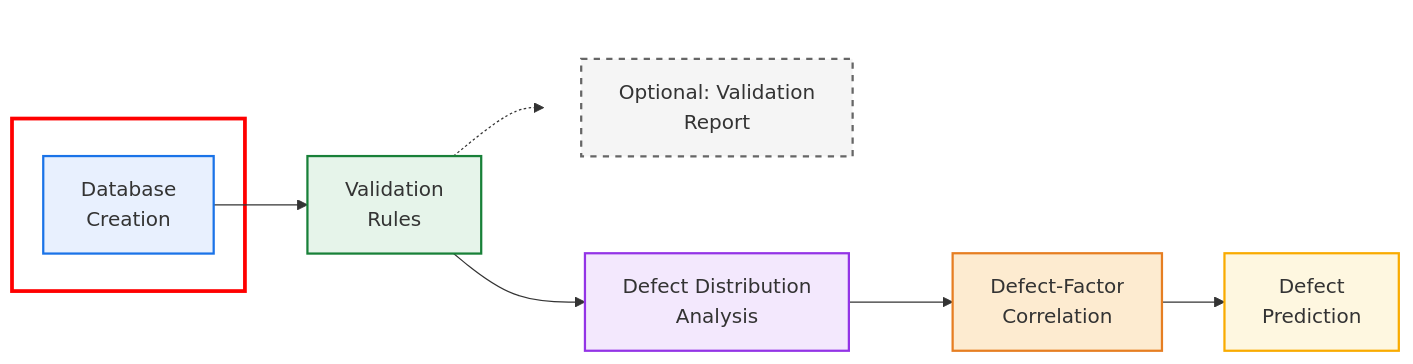
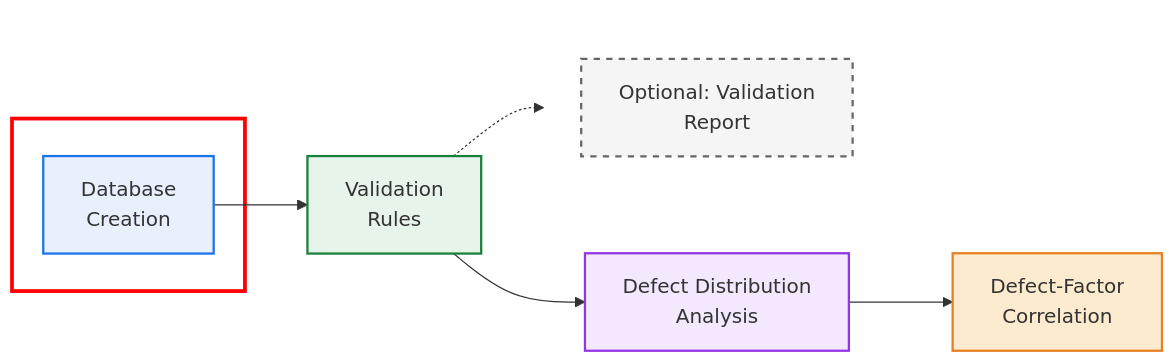
The diagram in README.md (SewerDefectAnalysis/Database_Structure), drawn with Mermaid before and after one commit.

````diff
--- a/README.md
+++ b/README.md
@@ -6,40 +6,34 @@
 ```mermaid
 %%{init: {'flowchart': {'nodeSpacing': 40, 'rankSpacing': 50}}}%%
 flowchart LR
 
     A[Database<br/>Creation]:::data --> B[Validation<br/>Rules]:::validation
     B --> D[Defect Distribution<br/>Analysis]:::analysis
     D --> E[Defect-Factor<br/>Correlation]:::analysisP2
-    E --> F[Defect<br/>Prediction]:::prediction
 
     %% Optional branch BELOW
     subgraph optional_branch[ ]
         direction TB
         C[Optional: Validation<br/>Report]:::optional
     end
     style optional_branch fill:none,stroke:none
 
     subgraph stage1[ ]
         A[Database<br/>Creation]
     end
  
     style stage1 stroke:#FF0000,stroke-width:3px,fill:none
     B -.-> C
 
     %% Click links
     click A "https://github.com/SewerDefectAnalysis/Database_Structure"
-    click B "https://github.com/SewerDefectAnalysis/Database_Structure"
-    click C "https://github.com/SewerDefectAnalysis/Database_Structure"
-    click D "https://github.com/SewerDefectAnalysis/Database_Structure"
-    click E "https://github.com/SewerDefectAnalysis/Database_Structure"
-    click F "https://github.com/SewerDefectAnalysis/Database_Structure"
 
     %% Styles
     classDef data fill:#E8F0FE,stroke:#1A73E8,stroke-width:1.8px
     classDef validation fill:#E6F4EA,stroke:#188038,stroke-width:1.8px
     classDef analysis fill:#F3E8FD,stroke:#9334E6,stroke-width:1.8px
     classDef analysisP2 fill:#FDEBD0,stroke:#E67E22,stroke-width:1.8px
     classDef prediction fill:#FEF7E0,stroke:#F9AB00,stroke-width:1.8px
     classDef optional fill:#F5F5F5,stroke:#666666,stroke-width:1.8px,stroke-dasharray: 5 5
 
 ```
````
